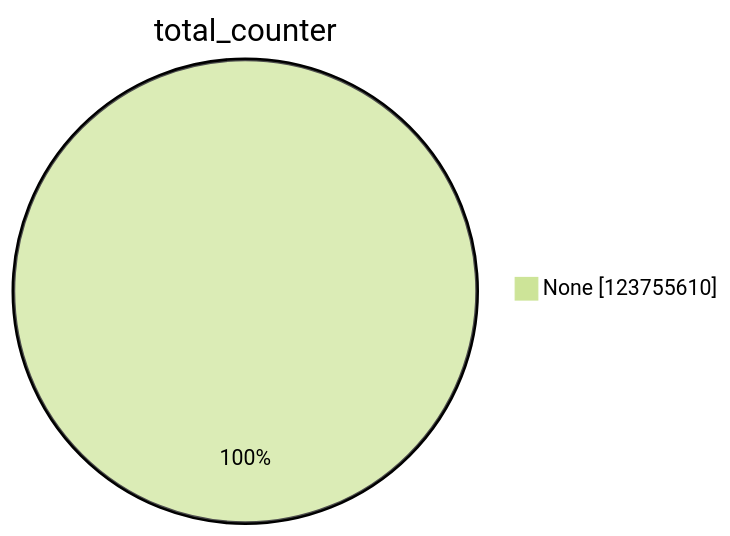
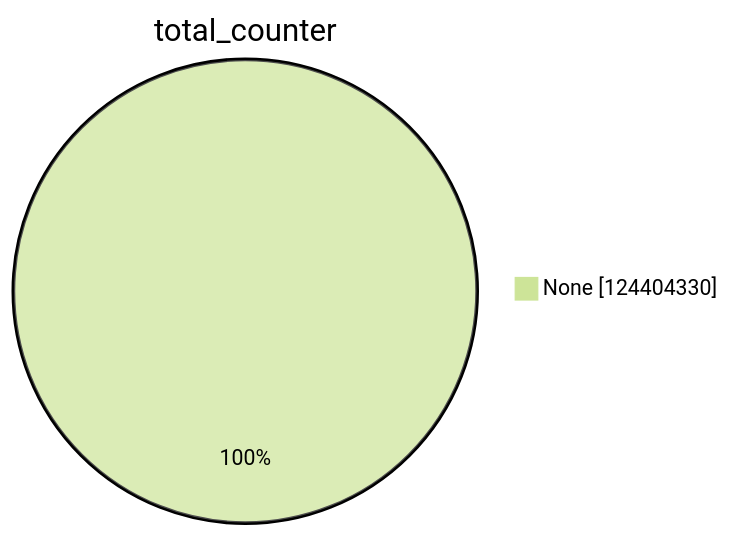
Before and after one commit to christiankrug/ctmonitor_visualization: the first of 15 diagrams in xenon2023/README.md, drawn with Mermaid (forest theme). The commit also changed other lines of this file, not shown here.

````diff
--- a/xenon2023/README.md
+++ b/xenon2023/README.md
@@ -1,5 +1,5 @@
 ```mermaid
 pie showData
 title total_counter
-"None" :123755610
+"None" :124404330
 ```
````
